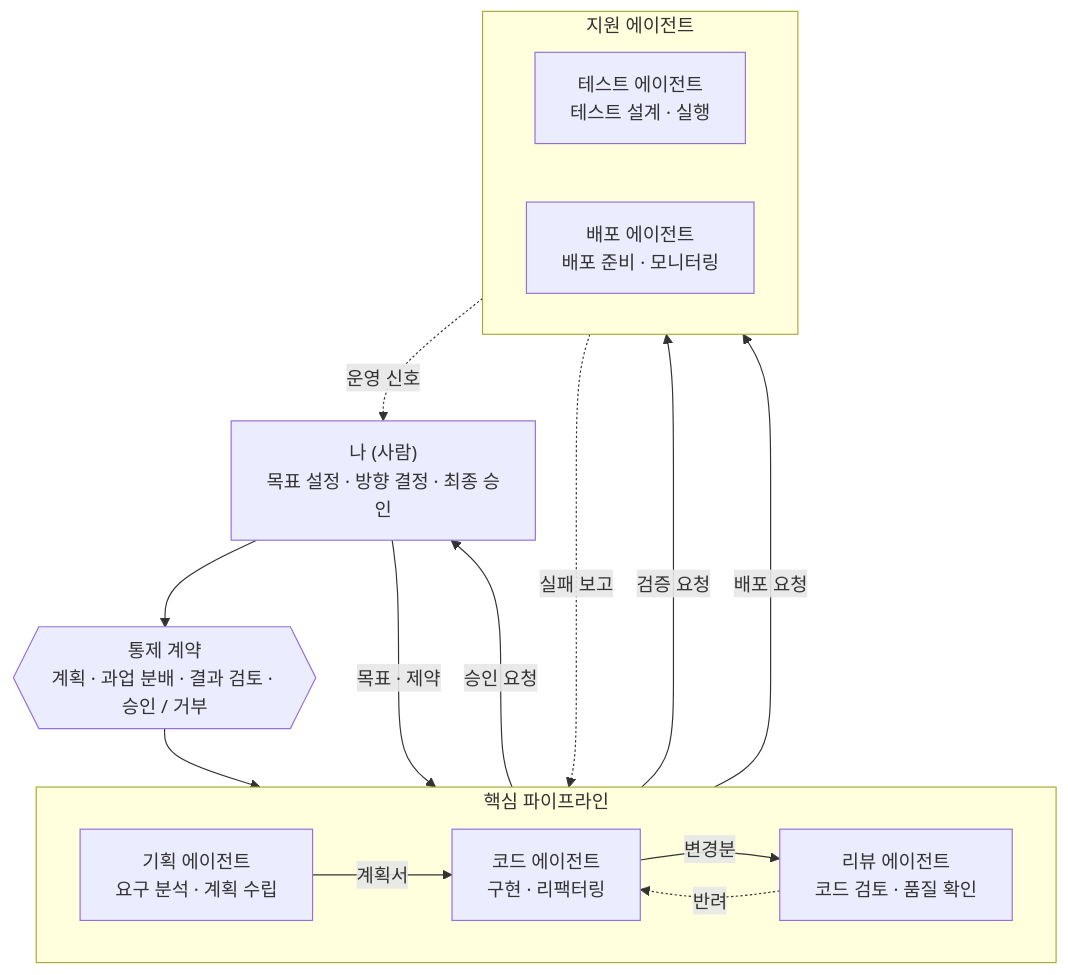
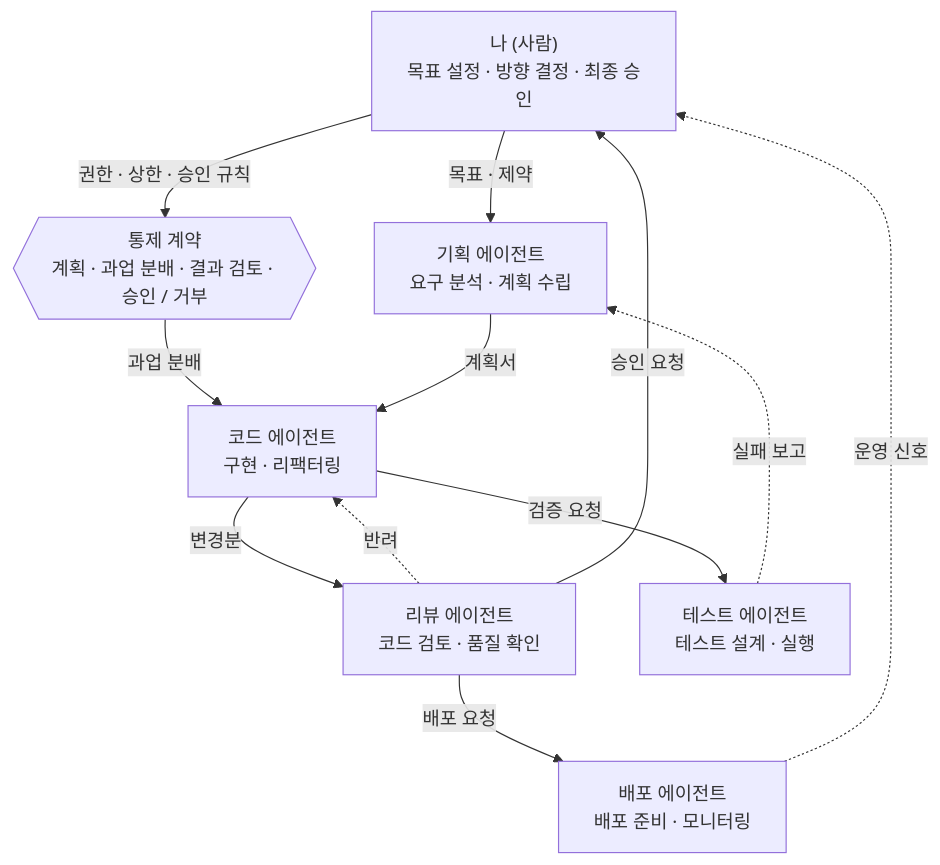
The first of 3 diagrams in docs/multi-agent-system.md (withwooyong/withwooyong.github.io), drawn with Mermaid before and after one commit. The commit also changed 7 other files, not shown here.

````diff
--- a/docs/multi-agent-system.md
+++ b/docs/multi-agent-system.md
@@ -18,30 +18,22 @@
 ```mermaid
 flowchart TB
     H["나 (사람)<br/>목표 설정 · 방향 결정 · 최종 승인"]
     G{{"통제 계약<br/>계획 · 과업 분배 · 결과 검토 · 승인 / 거부"}}
-
-    subgraph PIPE["핵심 파이프라인"]
-        direction LR
-        P["기획 에이전트<br/>요구 분석 · 계획 수립"]
-        C["코드 에이전트<br/>구현 · 리팩터링"]
-        R["리뷰 에이전트<br/>코드 검토 · 품질 확인"]
-    end
-
-    subgraph SUP["지원 에이전트"]
-        direction LR
-        T["테스트 에이전트<br/>테스트 설계 · 실행"]
-        D["배포 에이전트<br/>배포 준비 · 모니터링"]
-    end
+    P["기획 에이전트<br/>요구 분석 · 계획 수립"]
+    C["코드 에이전트<br/>구현 · 리팩터링"]
+    R["리뷰 에이전트<br/>코드 검토 · 품질 확인"]
+    T["테스트 에이전트<br/>테스트 설계 · 실행"]
+    D["배포 에이전트<br/>배포 준비 · 모니터링"]
 
     H -->|"목표 · 제약"| P
-    H --> G
-    G --> C
+    H -->|"권한 · 상한 · 승인 규칙"| G
+    G -->|"과업 분배"| C
     P -->|"계획서"| C
     C -->|"변경분"| R
     R -.->|"반려"| C
     R -->|"승인 요청"| H
     C -->|"검증 요청"| T
     T -.->|"실패 보고"| P
     R -->|"배포 요청"| D
     D -.->|"운영 신호"| H
 ```
````
